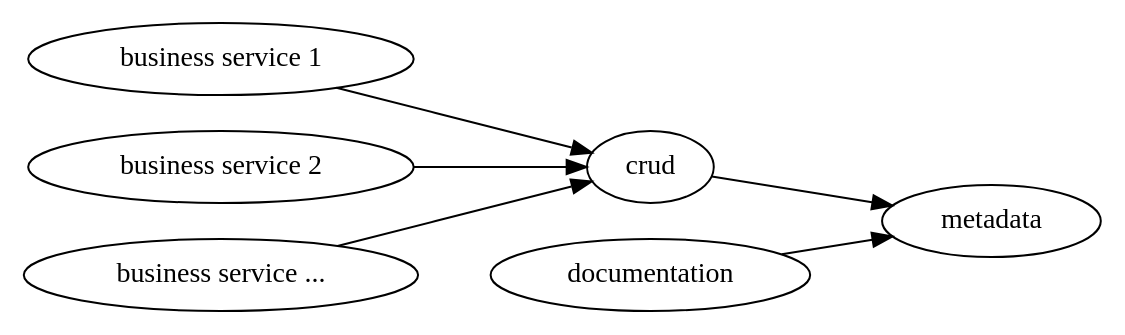
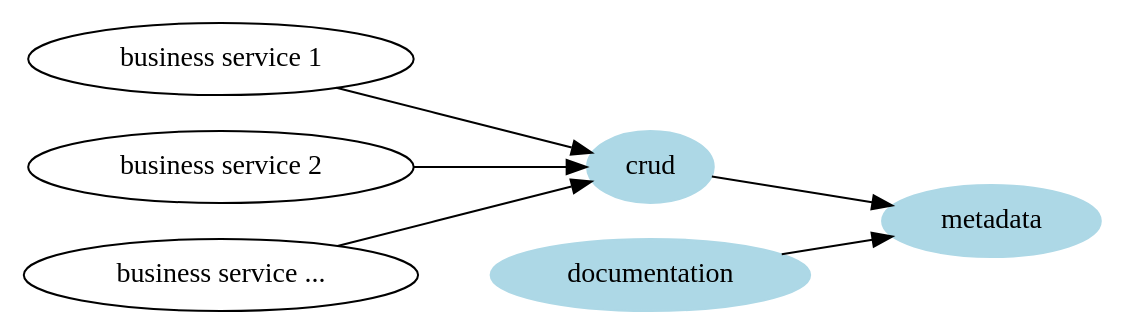
The diagram in docs/simple.dot (lightblue-platform/lightblue-core), drawn with Graphviz before and after one commit. The commit also changed 2 other files, not shown here.

```diff
--- a/docs/simple.dot
+++ b/docs/simple.dot
@@ -1,11 +1,14 @@
 digraph {
 rankdir=LR;
 business_svc_1 [label="business service 1"];
 business_svc_2 [label="business service 2"];
 business_svc_n [label="business service ..."];
+crud [color=lightblue,fillcolor=lightblue,style=filled];
+metadata [color=lightblue,fillcolor=lightblue,style=filled];
+documentation [color=lightblue,fillcolor=lightblue,style=filled];
 business_svc_1 -> crud;
 business_svc_2 -> crud;
 business_svc_n -> crud;
 crud -> metadata;
 documentation -> metadata;
 }
```
